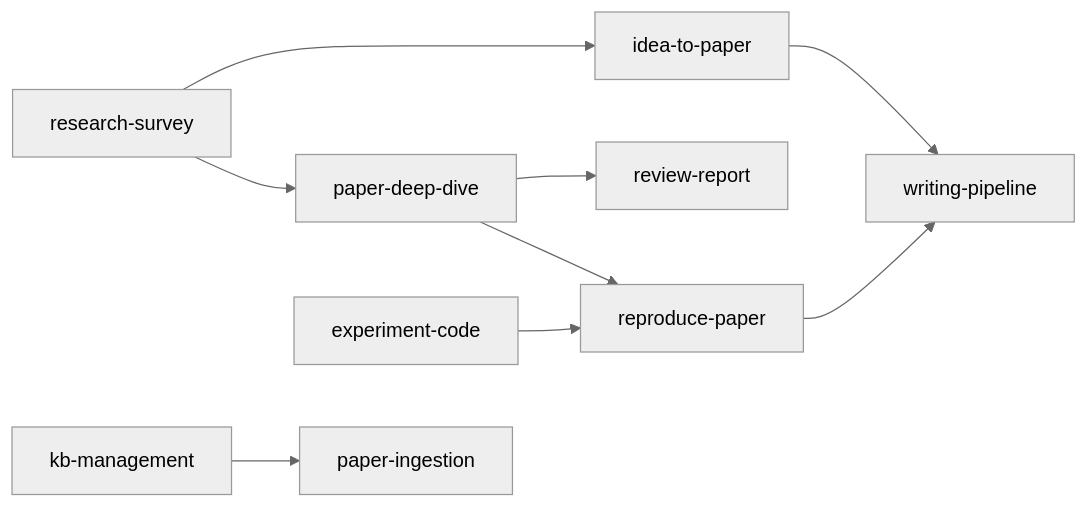
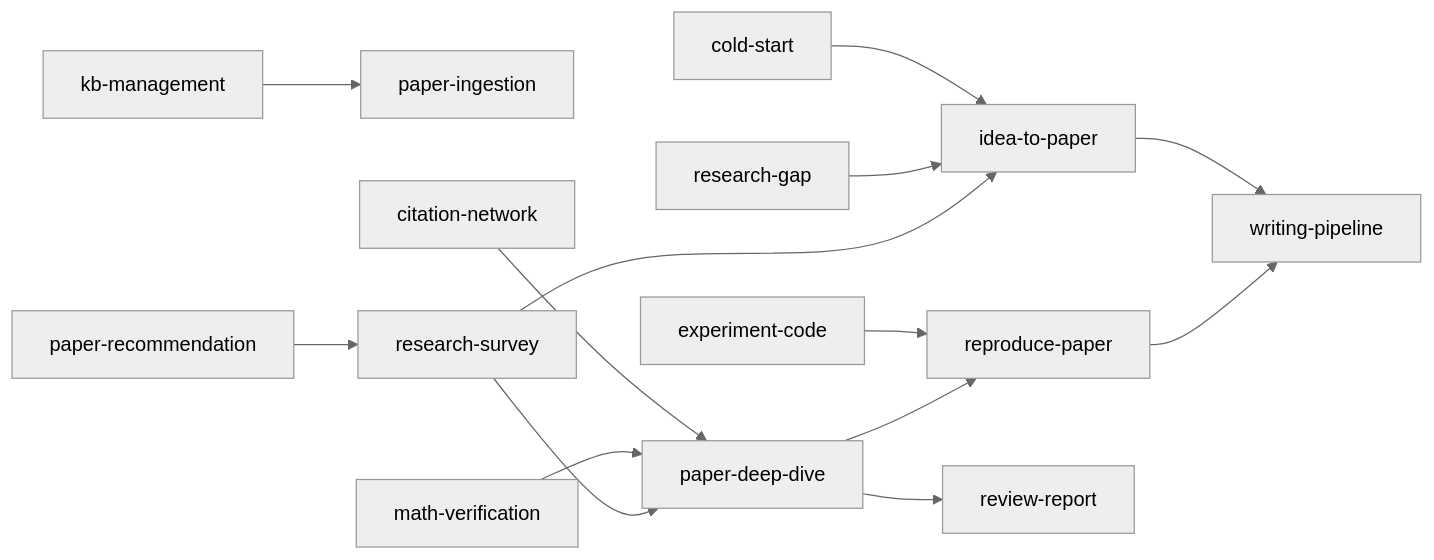
The ninth of 9 diagrams in .qoder/repowiki/zh/content/研究技能系统/工作流技能实现.md (1173591564/academic-based-qoder), drawn with Mermaid (neutral theme) before and after one commit. The commit also changed other lines of this file and 89 other files, not shown here.

````diff
--- a/.qoder/repowiki/zh/content/研究技能系统/工作流技能实现.md
+++ b/.qoder/repowiki/zh/content/研究技能系统/工作流技能实现.md
@@ -370,11 +386,16 @@
 ```mermaid
 graph LR
 A["paper-deep-dive"] --> B["reproduce-paper"]
 B --> C["writing-pipeline"]
 D["idea-to-paper"] --> C
 A --> E["review-report"]
 F["kb-management"] --> G["paper-ingestion"]
 H["research-survey"] --> A
 H --> D
 I["experiment-code"] --> B
+J["research-gap"] --> D
+K["math-verification"] --> A
+L["citation-network"] --> A
+M["cold-start"] --> D
+N["paper-recommendation"] --> H
 ```
````
